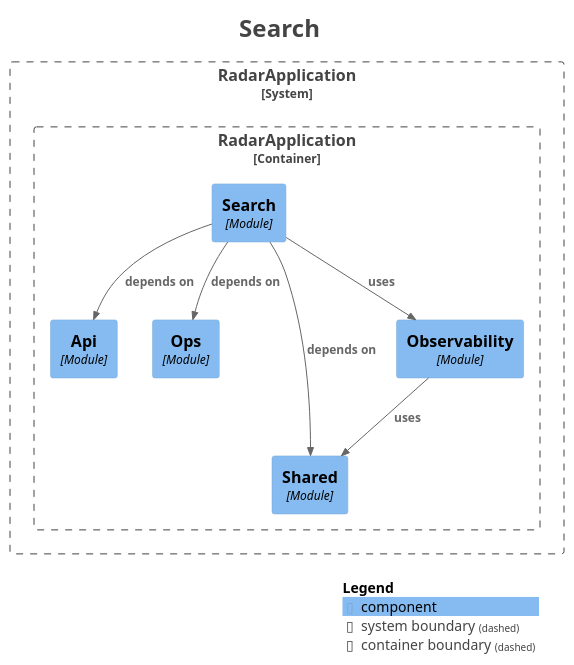
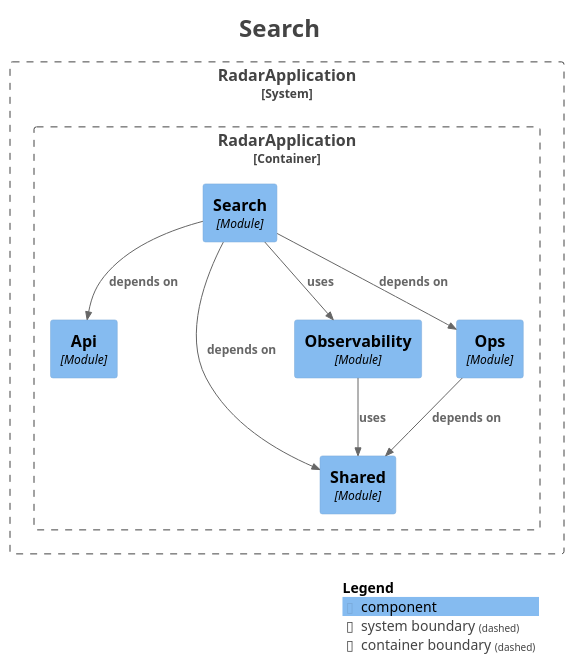
Before and after one commit to MiguelSanzBr/radar-licitacoes: the diagram in docs/modules/module-search.puml, drawn with PlantUML. The commit also changed 65 other files, not shown here.

Commit message:
feat(contracts): avro schemas and apicurio

```diff
--- a/docs/modules/module-search.puml
+++ b/docs/modules/module-search.puml
@@ -1,37 +1,38 @@
 @startuml
 title <size:24>Search</size>
 
 set separator none
 top to bottom direction
 
 <style>
   root {
     BackgroundColor: #ffffff
     FontColor: #444444
   }
 </style>
 
 !include <C4/C4>
 !include <C4/C4_Context>
 !include <C4/C4_Component>
 
 System_Boundary("RadarApplication_boundary", "RadarApplication", $tags="") {
   Container_Boundary("RadarApplication.RadarApplication_boundary", "RadarApplication", $tags="") {
     Component(RadarApplication.RadarApplication.Api, "Api", $techn="Module", $descr="", $tags="", $link="")
-    Component(RadarApplication.RadarApplication.Ops, "Ops", $techn="Module", $descr="", $tags="", $link="")
     Component(RadarApplication.RadarApplication.Shared, "Shared", $techn="Module", $descr="", $tags="", $link="")
     Component(RadarApplication.RadarApplication.Observability, "Observability", $techn="Module", $descr="", $tags="", $link="")
+    Component(RadarApplication.RadarApplication.Ops, "Ops", $techn="Module", $descr="", $tags="", $link="")
     Component(RadarApplication.RadarApplication.Search, "Search", $techn="Module", $descr="", $tags="", $link="")
   }
 
 }
 
-Rel(RadarApplication.RadarApplication.Observability, RadarApplication.RadarApplication.Shared, "uses", $techn="", $tags="", $link="")
+Rel(RadarApplication.RadarApplication.Search, RadarApplication.RadarApplication.Shared, "depends on", $techn="", $tags="", $link="")
 Rel(RadarApplication.RadarApplication.Search, RadarApplication.RadarApplication.Ops, "depends on", $techn="", $tags="", $link="")
 Rel(RadarApplication.RadarApplication.Search, RadarApplication.RadarApplication.Api, "depends on", $techn="", $tags="", $link="")
-Rel(RadarApplication.RadarApplication.Search, RadarApplication.RadarApplication.Shared, "depends on", $techn="", $tags="", $link="")
 Rel(RadarApplication.RadarApplication.Search, RadarApplication.RadarApplication.Observability, "uses", $techn="", $tags="", $link="")
+Rel(RadarApplication.RadarApplication.Observability, RadarApplication.RadarApplication.Shared, "uses", $techn="", $tags="", $link="")
+Rel(RadarApplication.RadarApplication.Ops, RadarApplication.RadarApplication.Shared, "depends on", $techn="", $tags="", $link="")
 
 SHOW_LEGEND(true)
 hide stereotypes
 @enduml
```
